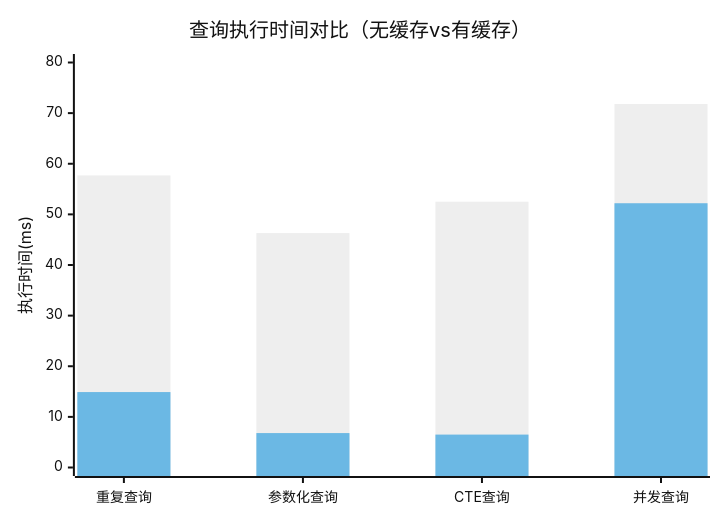
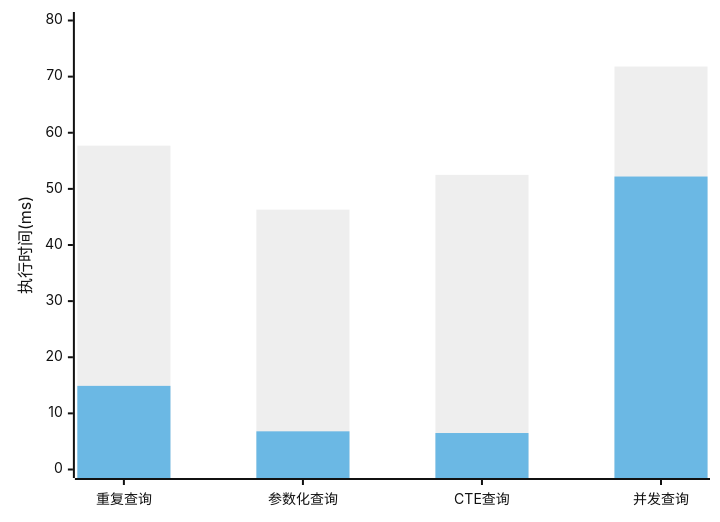
The second of 6 diagrams in md/第六章-实验与分析.md (crazypenguincode/duckdb), drawn with Mermaid (neutral theme) before and after one commit. The commit also changed other lines of this file and 40 other files, not shown here.

Commit message:
更新图片无边框

````diff
--- a/md/第六章-实验与分析.md
+++ b/md/第六章-实验与分析.md
@@ -89,8 +89,7 @@
 ```mermaid
 xychart-beta
-    title "查询执行时间对比（无缓存vs有缓存）"
     x-axis ["重复查询", "参数化查询", "CTE查询", "并发查询"]
     y-axis "执行时间(ms)" 0 --> 80
     bar "无缓存" [57.7, 46.3, 52.5, 71.8]
     bar "有缓存" [14.9, 6.8, 6.5, 52.2]
 ```
````
